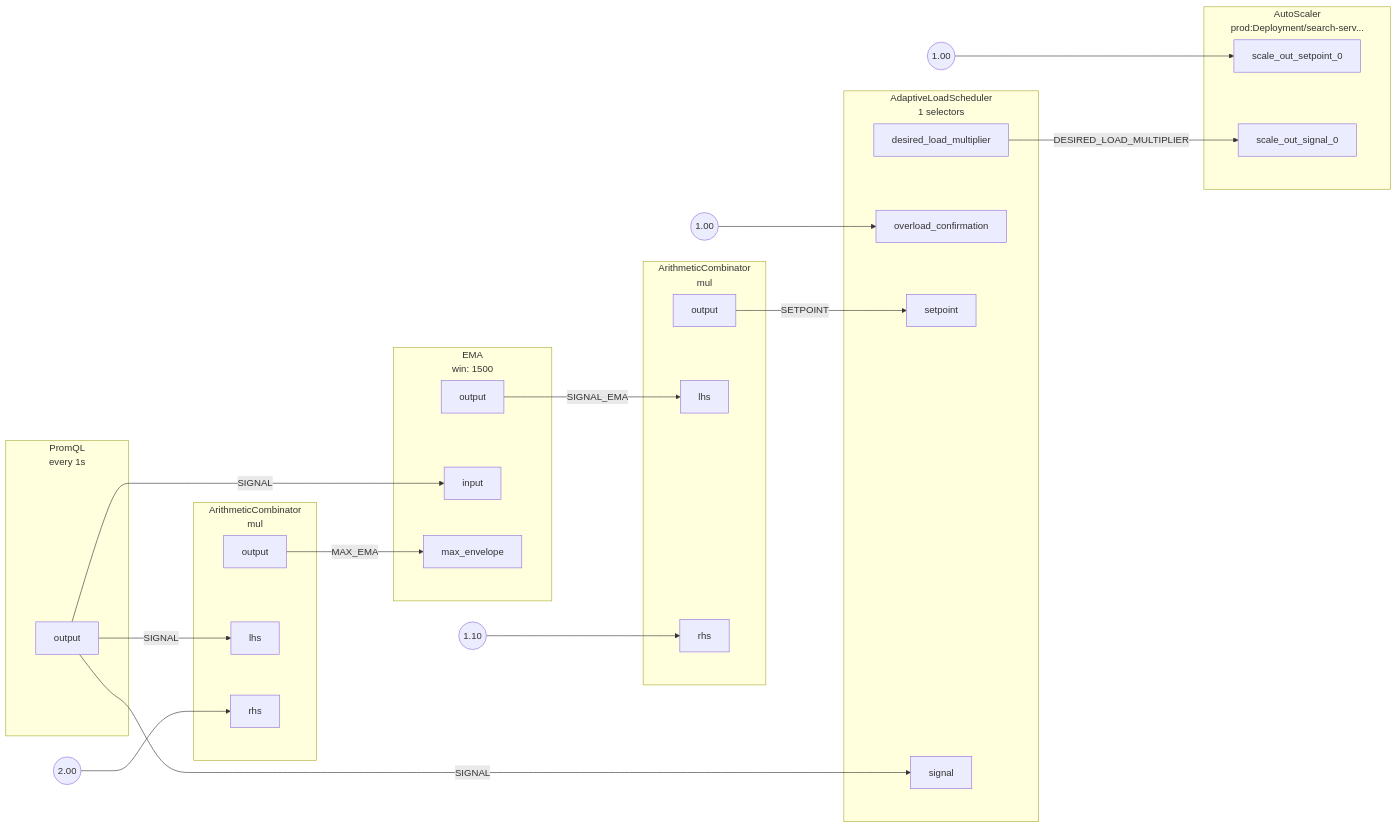
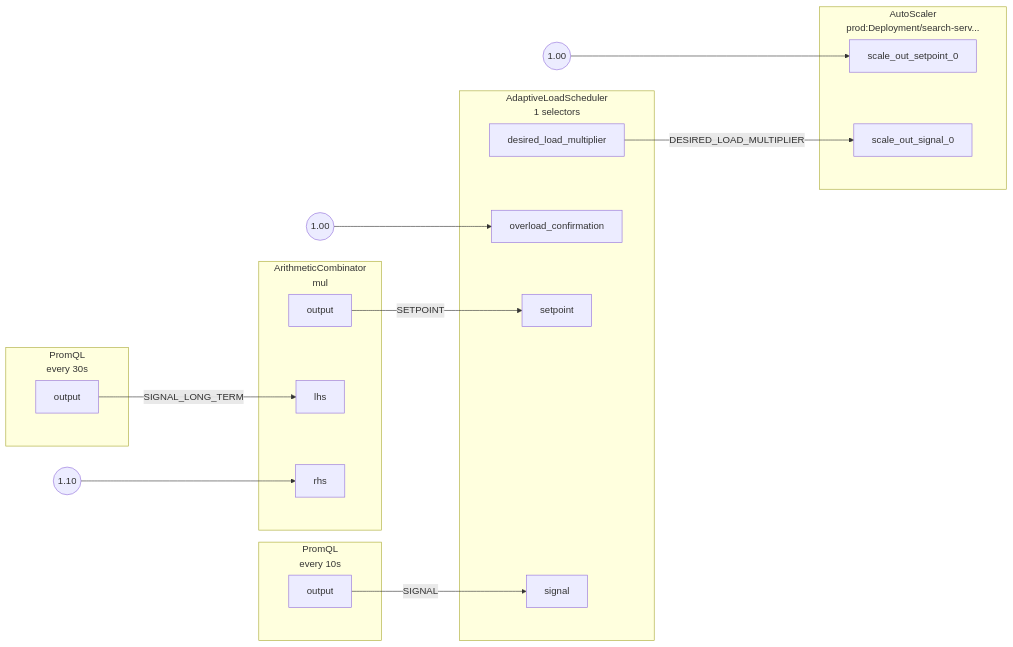
Before and after one commit to dataongunlaws/aperture: the diagram in docs/content/use-cases/auto-scale/load-based-auto-scaling/assets/graph.mmd, drawn with Mermaid. The commit also changed 72 other files, not shown here.

```diff
--- a/docs/content/use-cases/auto-scale/load-based-auto-scaling/assets/graph.mmd
+++ b/docs/content/use-cases/auto-scale/load-based-auto-scaling/assets/graph.mmd
@@ -1,74 +1,53 @@
 flowchart LR
 subgraph root.0[<center>AdaptiveLoadScheduler<br/>1 selectors</center>]
 subgraph root.0_inports[ ]
 style root.0_inports fill:none,stroke:none
 root.0overload_confirmation[overload_confirmation]
 root.0setpoint[setpoint]
 root.0signal[signal]
 end
 subgraph root.0_outports[ ]
 style root.0_outports fill:none,stroke:none
 root.0desired_load_multiplier[desired_load_multiplier]
 end
 end
 root.0_overload_confirmation_FakeConstantout((1.00))
 subgraph root.1[<center>AutoScaler<br/>prod:Deployment/search-serv...</center>]
 subgraph root.1_inports[ ]
 style root.1_inports fill:none,stroke:none
 root.1scale_out_setpoint_0[scale_out_setpoint_0]
 root.1scale_out_signal_0[scale_out_signal_0]
 end
 end
 root.1_scale_out_setpoint_0_FakeConstantout((1.00))
-subgraph root.2[<center>PromQL<br/>every 1s</center>]
+subgraph root.2[<center>PromQL<br/>every 10s</center>]
 subgraph root.2_outports[ ]
 style root.2_outports fill:none,stroke:none
 root.2output[output]
 end
 end
-subgraph root.3[<center>ArithmeticCombinator<br/>mul</center>]
-subgraph root.3_inports[ ]
-style root.3_inports fill:none,stroke:none
-root.3lhs[lhs]
-root.3rhs[rhs]
-end
+subgraph root.3[<center>PromQL<br/>every 30s</center>]
 subgraph root.3_outports[ ]
 style root.3_outports fill:none,stroke:none
 root.3output[output]
 end
 end
-root.3_rhs_FakeConstantout((2.00))
-subgraph root.4[<center>EMA<br/>win: 1500</center>]
+subgraph root.4[<center>ArithmeticCombinator<br/>mul</center>]
 subgraph root.4_inports[ ]
 style root.4_inports fill:none,stroke:none
-root.4input[input]
-root.4max_envelope[max_envelope]
+root.4lhs[lhs]
+root.4rhs[rhs]
 end
 subgraph root.4_outports[ ]
 style root.4_outports fill:none,stroke:none
 root.4output[output]
 end
 end
-subgraph root.5[<center>ArithmeticCombinator<br/>mul</center>]
-subgraph root.5_inports[ ]
-style root.5_inports fill:none,stroke:none
-root.5lhs[lhs]
-root.5rhs[rhs]
-end
-subgraph root.5_outports[ ]
-style root.5_outports fill:none,stroke:none
-root.5output[output]
-end
-end
-root.5_rhs_FakeConstantout((1.10))
+root.4_rhs_FakeConstantout((1.10))
 root.0desired_load_multiplier --> |DESIRED_LOAD_MULTIPLIER| root.1scale_out_signal_0
 root.0_overload_confirmation_FakeConstantout --> root.0overload_confirmation
 root.1_scale_out_setpoint_0_FakeConstantout --> root.1scale_out_setpoint_0
 root.2output --> |SIGNAL| root.0signal
-root.2output --> |SIGNAL| root.3lhs
-root.2output --> |SIGNAL| root.4input
-root.3output --> |MAX_EMA| root.4max_envelope
-root.3_rhs_FakeConstantout --> root.3rhs
-root.4output --> |SIGNAL_EMA| root.5lhs
-root.5output --> |SETPOINT| root.0setpoint
-root.5_rhs_FakeConstantout --> root.5rhs
+root.3output --> |SIGNAL_LONG_TERM| root.4lhs
+root.4output --> |SETPOINT| root.0setpoint
+root.4_rhs_FakeConstantout --> root.4rhs
```
